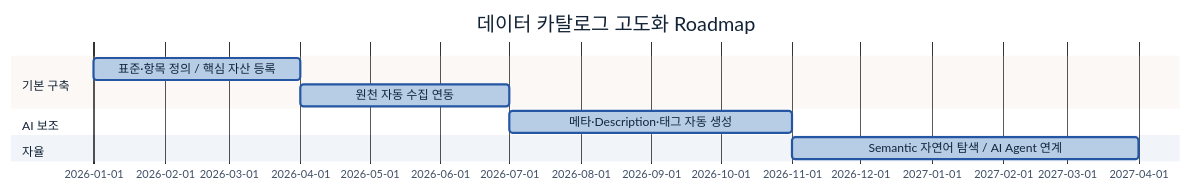
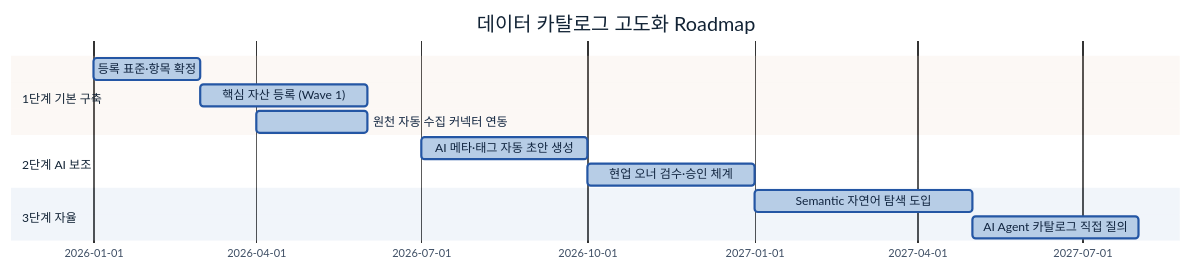
Diagram 16 of 16 in A-1 데이터 카탈로그.md (jin-kearney/ai-ready-data-manual), drawn with Mermaid before and after one commit. The commit also changed other lines of this file and 1 other file, not shown here.

First line of the commit message:
feat(A-1): 데이터 카탈로그 가이드 심화 (멀티 에이전트 작성 v0.2)

````diff
--- a/A-1 데이터 카탈로그.md
+++ b/A-1 데이터 카탈로그.md
@@ -372,13 +1458,16 @@
 ```mermaid
 %%{init: {'theme':'base','themeVariables':{'primaryColor':'#B7CDE6','primaryBorderColor':'#2456A4','primaryTextColor':'#10243f','lineColor':'#2456A4','fontSize':'13px'}}}%%
 gantt
     title 데이터 카탈로그 고도화 Roadmap
     dateFormat YYYY-MM
-    section 기본 구축
-    표준·항목 정의 / 핵심 자산 등록      :a1, 2026-01, 3M
-    원천 자동 수집 연동                  :a2, after a1, 3M
-    section AI 보조
-    메타·Description·태그 자동 생성       :b1, after a2, 4M
-    section 자율
-    Semantic 자연어 탐색 / AI Agent 연계  :c1, after b1, 5M
+    section 1단계 기본 구축
+    등록 표준·항목 확정             :a1, 2026-01, 2M
+    핵심 자산 등록 (Wave 1)         :a2, 2026-03, 3M
+    원천 자동 수집 커넥터 연동       :a3, 2026-04, 2M
+    section 2단계 AI 보조
+    AI 메타·태그 자동 초안 생성      :b1, 2026-07, 3M
+    현업 오너 검수·승인 체계         :b2, 2026-10, 3M
+    section 3단계 자율
+    Semantic 자연어 탐색 도입        :c1, 2027-01, 4M
+    AI Agent 카탈로그 직접 질의      :c2, 2027-05, 3M
 ```
````
